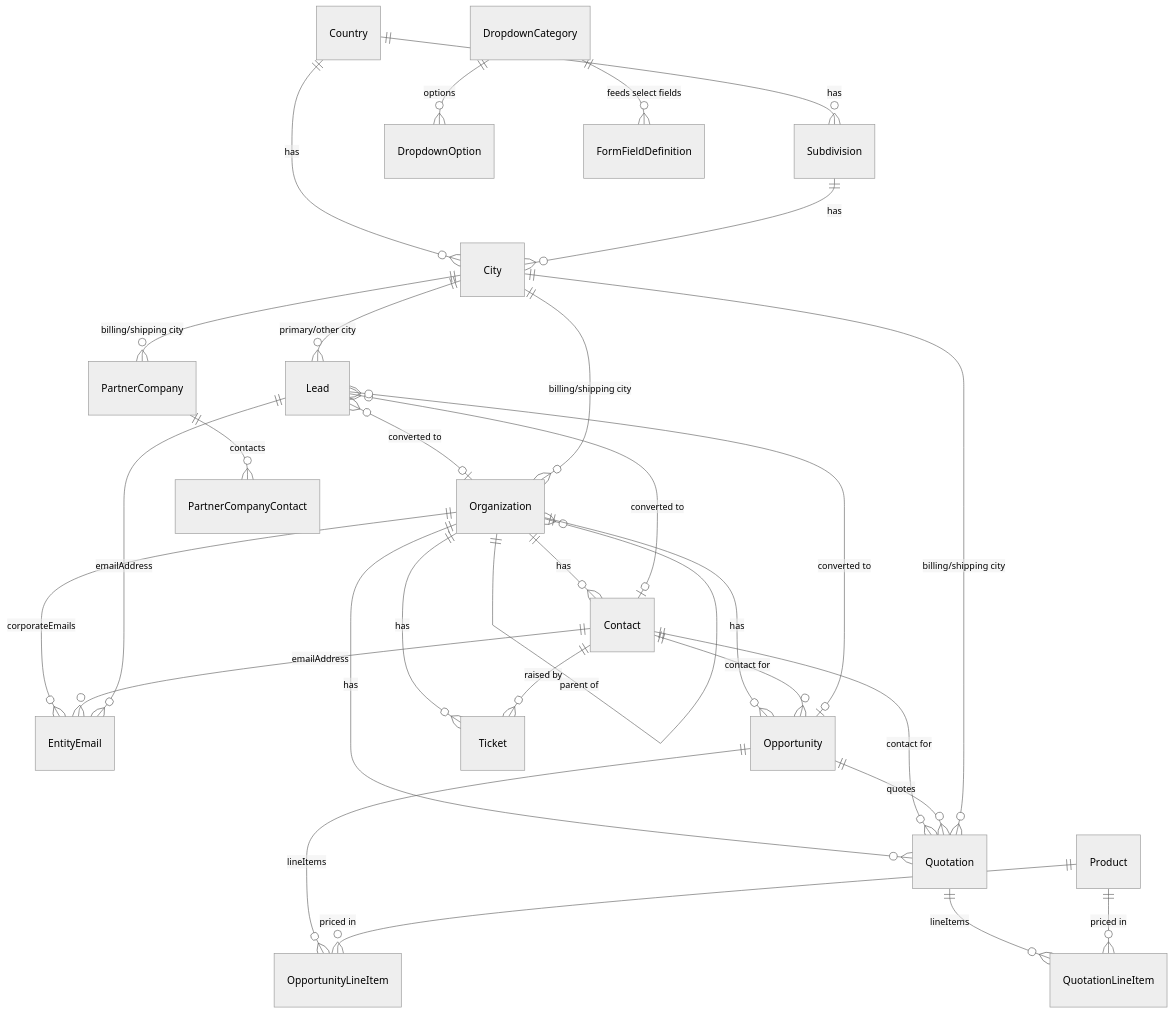
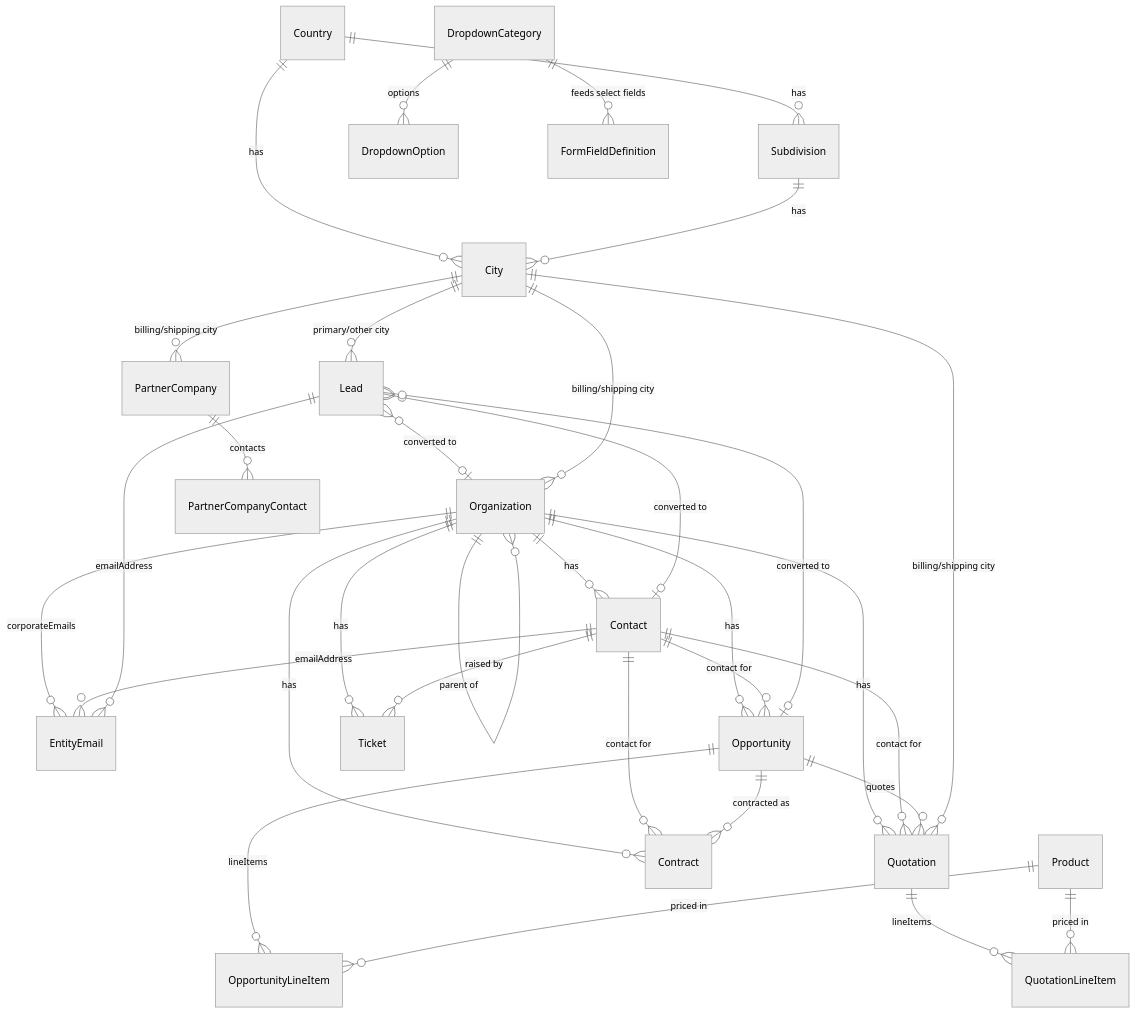
One commit to shivansh14503/nandini-crm changed the diagram in docs/database-design.md. Above: the diagram before and after it, drawn with Mermaid (neutral theme). The commit also changed other lines of this file and 103 other files, not shown here.

````diff
--- a/docs/database-design.md
+++ b/docs/database-design.md
@@ -69,32 +69,35 @@
 ```mermaid
 erDiagram
     Organization ||--o{ Organization : "parent of"
     Organization ||--o{ EntityEmail : "corporateEmails"
     Organization ||--o{ Contact : has
     Organization ||--o{ Opportunity : has
     Organization ||--o{ Quotation : has
     Organization ||--o{ Ticket : has
+    Organization ||--o{ Contract : has
     Contact ||--o{ EntityEmail : emailAddress
     Contact ||--o{ Opportunity : "contact for"
     Contact ||--o{ Quotation : "contact for"
     Contact ||--o{ Ticket : "raised by"
+    Contact ||--o{ Contract : "contact for"
     Lead ||--o{ EntityEmail : emailAddress
     Lead }o--o| Organization : "converted to"
     Lead }o--o| Contact : "converted to"
     Lead }o--o| Opportunity : "converted to"
     Opportunity ||--o{ OpportunityLineItem : lineItems
     Opportunity ||--o{ Quotation : quotes
+    Opportunity ||--o{ Contract : "contracted as"
     Quotation ||--o{ QuotationLineItem : lineItems
     Product ||--o{ OpportunityLineItem : "priced in"
     Product ||--o{ QuotationLineItem : "priced in"
     PartnerCompany ||--o{ PartnerCompanyContact : contacts
     Country ||--o{ Subdivision : has
     Country ||--o{ City : has
     Subdivision ||--o{ City : has
     City ||--o{ Organization : "billing/shipping city"
     City ||--o{ Lead : "primary/other city"
     City ||--o{ Quotation : "billing/shipping city"
     City ||--o{ PartnerCompany : "billing/shipping city"
     DropdownCategory ||--o{ DropdownOption : options
     DropdownCategory ||--o{ FormFieldDefinition : "feeds select fields"
 ```
````
